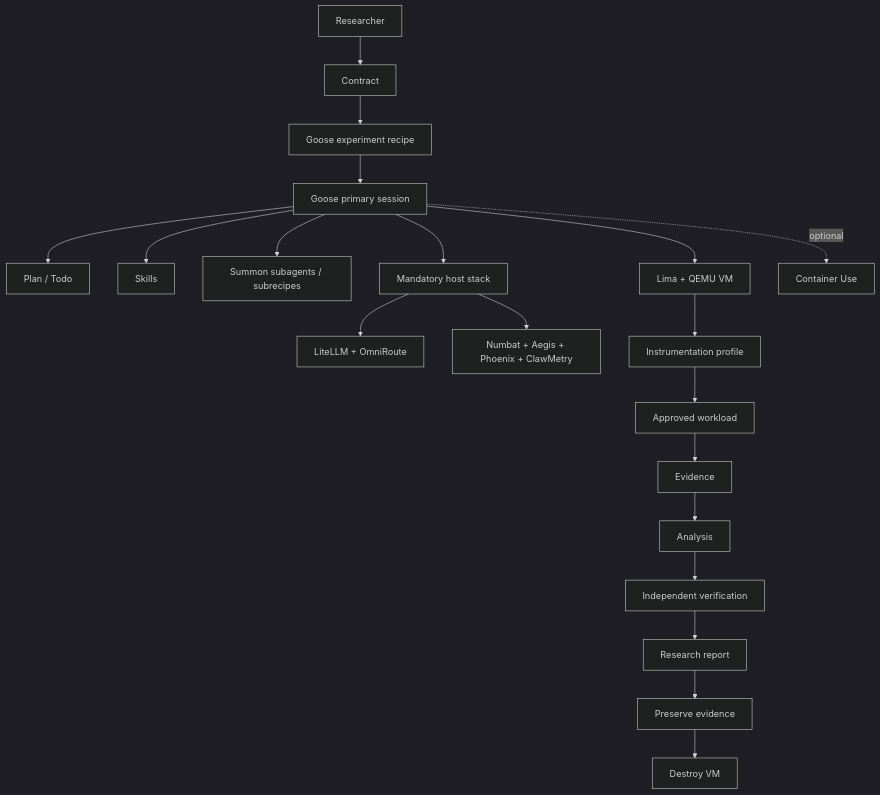
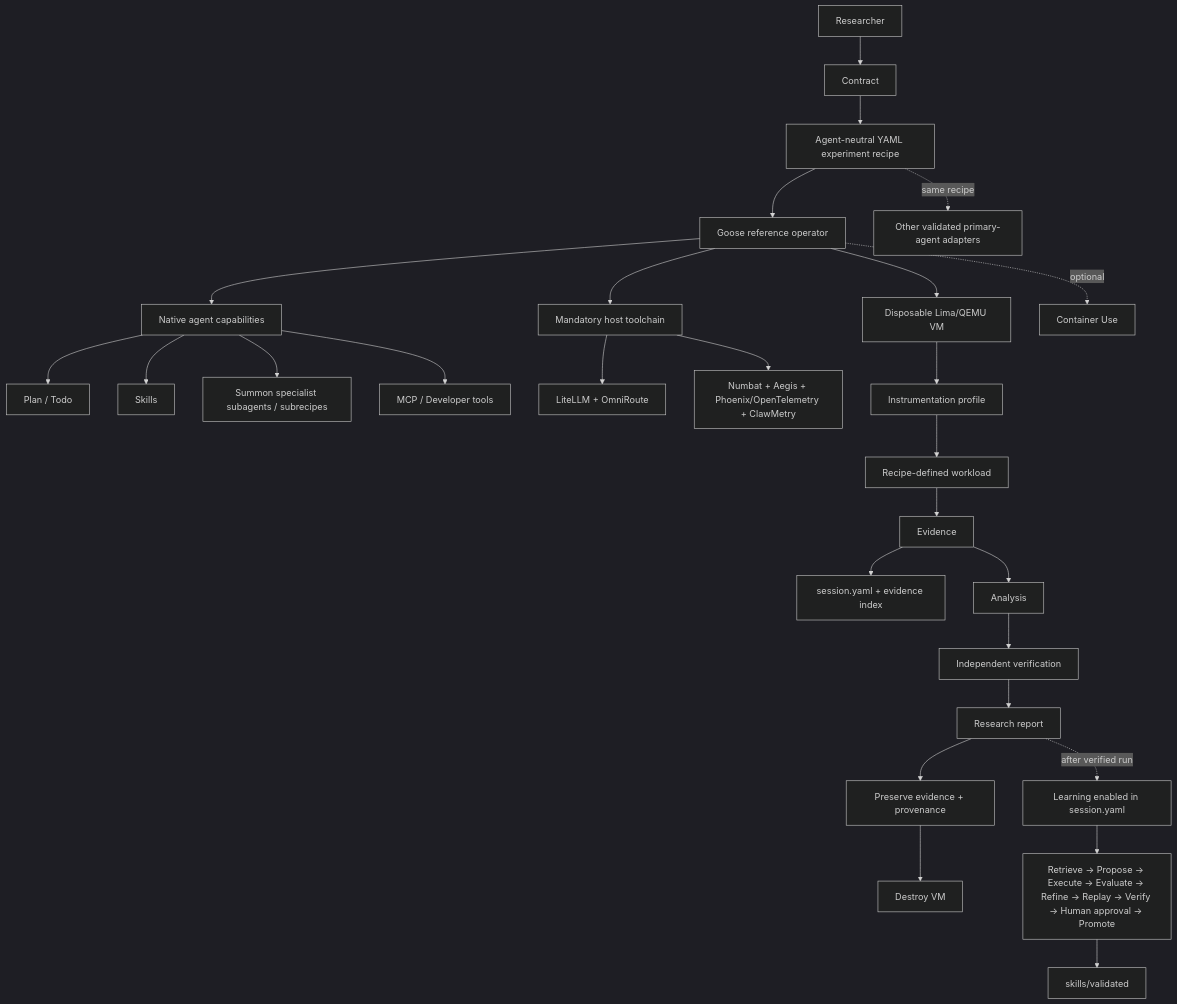
One commit to Opposum0112/Cusimanse changed the diagram in docs/architecture/cusimanse-architecture.mmd. Above: the diagram before and after it, drawn with Mermaid (dark theme). The commit also changed 3 other files, not shown here.

Commit message:
complete researcher workflow and host tooling model

```diff
--- a/docs/architecture/cusimanse-architecture.mmd
+++ b/docs/architecture/cusimanse-architecture.mmd
@@ -1,20 +1,27 @@
 flowchart TD
- R[Researcher] --> C[Contract]
- C --> G[Goose experiment recipe]
- G --> P[Goose primary session]
- P --> PLAN[Plan / Todo]
- P --> SK[Skills]
- P --> SA[Summon subagents / subrecipes]
- P --> HOST[Mandatory host stack]
- HOST --> GW[LiteLLM + OmniRoute]
- HOST --> OBS[Numbat + Aegis + Phoenix + ClawMetry]
- P --> VM[Lima + QEMU VM]
- VM --> I[Instrumentation profile]
- I --> W[Approved workload]
- W --> E[Evidence]
- E --> A[Analysis]
- A --> V[Independent verification]
- V --> RPT[Research report]
- RPT --> PR[Preserve evidence]
- PR --> D[Destroy VM]
- P -. optional .-> CU[Container Use]
+  R[Researcher] --> C[Contract]
+  C --> ER[Agent-neutral YAML experiment recipe]
+  ER --> G[Goose reference operator]
+  ER -.same recipe.-> A[Other validated primary-agent adapters]
+  G --> N[Native agent capabilities]
+  N --> P[Plan / Todo]
+  N --> S[Skills]
+  N --> SS[Summon specialist subagents / subrecipes]
+  N --> M[MCP / Developer tools]
+  G --> H[Mandatory host toolchain]
+  H --> GW[LiteLLM + OmniRoute]
+  H --> AO[Numbat + Aegis + Phoenix/OpenTelemetry + ClawMetry]
+  G --> VM[Disposable Lima/QEMU VM]
+  VM --> I[Instrumentation profile]
+  I --> W[Recipe-defined workload]
+  W --> E[Evidence]
+  E --> ST[session.yaml + evidence index]
+  E --> AN[Analysis]
+  AN --> V[Independent verification]
+  V --> RR[Research report]
+  RR --> PR[Preserve evidence + provenance]
+  PR --> D[Destroy VM]
+  G -. optional .-> CU[Container Use]
+  RR -. after verified run .-> L[Learning enabled in session.yaml]
+  L --> LR[Retrieve → Propose → Execute → Evaluate → Refine → Replay → Verify → Human approval → Promote]
+  LR --> SKV[skills/validated]
```
